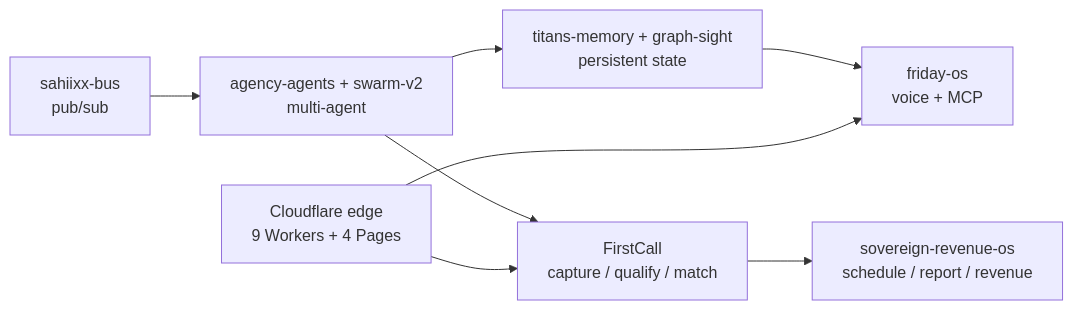
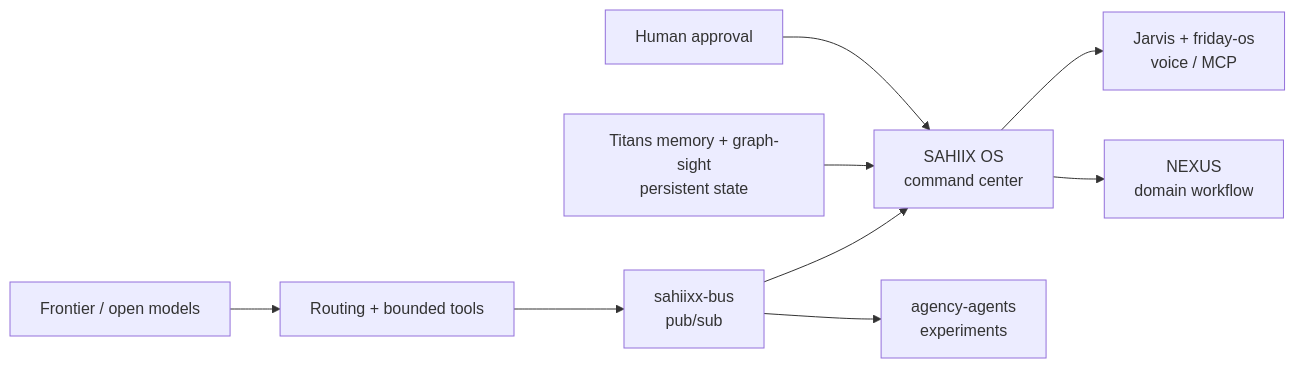
The diagram in README.md (sahiixx/sahiixx), drawn with Mermaid before and after one commit. The commit also changed other lines of this file and 1 other file, not shown here.

````diff
--- a/README.md
+++ b/README.md
@@ -62,10 +62,11 @@
 ```mermaid
 flowchart LR
-  BUS["sahiixx-bus<br/>pub/sub"] --> SWARM["agency-agents + swarm-v2<br/>multi-agent"]
-  SWARM --> MEM["titans-memory + graph-sight<br/>persistent state"]
-  SWARM --> FC["FirstCall<br/>capture / qualify / match"]
-  FC --> REV["sovereign-revenue-os<br/>schedule / report / revenue"]
-  MEM --> PA["friday-os<br/>voice + MCP"]
-  EDGE["Cloudflare edge<br/>9 Workers + 4 Pages"] --> FC
-  EDGE --> PA
+  MODEL["Frontier / open models"] --> ROUTE["Routing + bounded tools"]
+  ROUTE --> BUS["sahiixx-bus<br/>pub/sub"]
+  BUS --> OS["SAHIIX OS<br/>command center"]
+  BUS --> SWARM["agency-agents<br/>experiments"]
+  OS --> VOICE["Jarvis + friday-os<br/>voice / MCP"]
+  OS --> NEXUS["NEXUS<br/>domain workflow"]
+  MEMORY["Titans memory + graph-sight<br/>persistent state"] --> OS
+  HUMAN["Human approval"] --> OS
 ```
````
